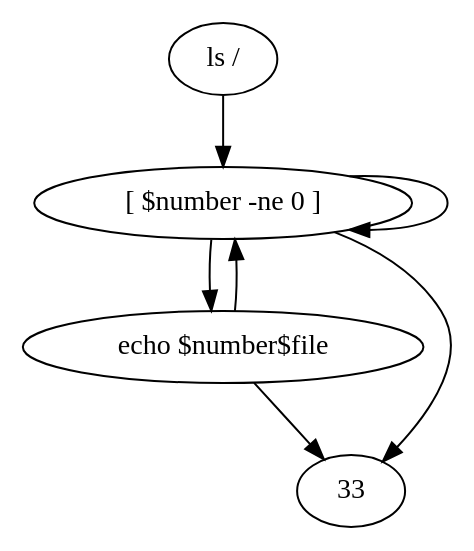
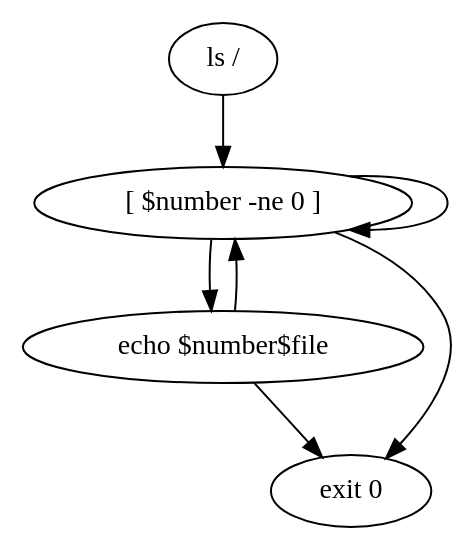
The diagram in module-dev/bashgraph/testcase/for.dot (hongdal/bashlex), drawn with Graphviz before and after one commit. The commit also changed 15 other files, not shown here.

```diff
--- a/module-dev/bashgraph/testcase/for.dot
+++ b/module-dev/bashgraph/testcase/for.dot
@@ -1,11 +1,12 @@
 digraph {
 8 [label=" ls /"];
-8 -> 17;
+17 [label=" \[ $number -ne 0 \]"];
 26 [label=" echo $number$file"];
+33 [label=" exit 0"];
 26 -> 17;
 26 -> 33;
-17 [label=" \[ $number -ne 0 \]"];
 17 -> 17;
 17 -> 26;
 17 -> 33;
+8 -> 17;
 }
```
